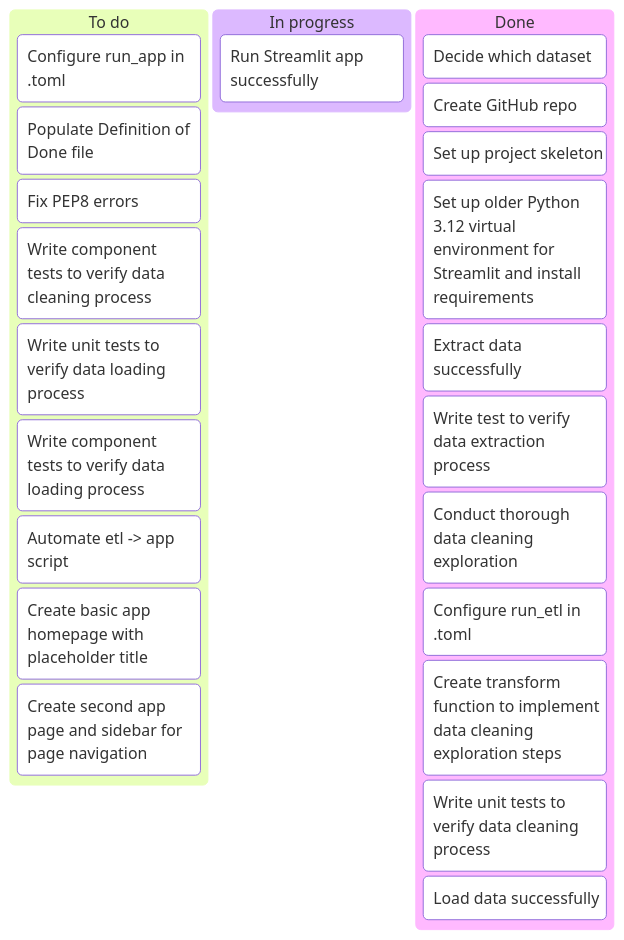
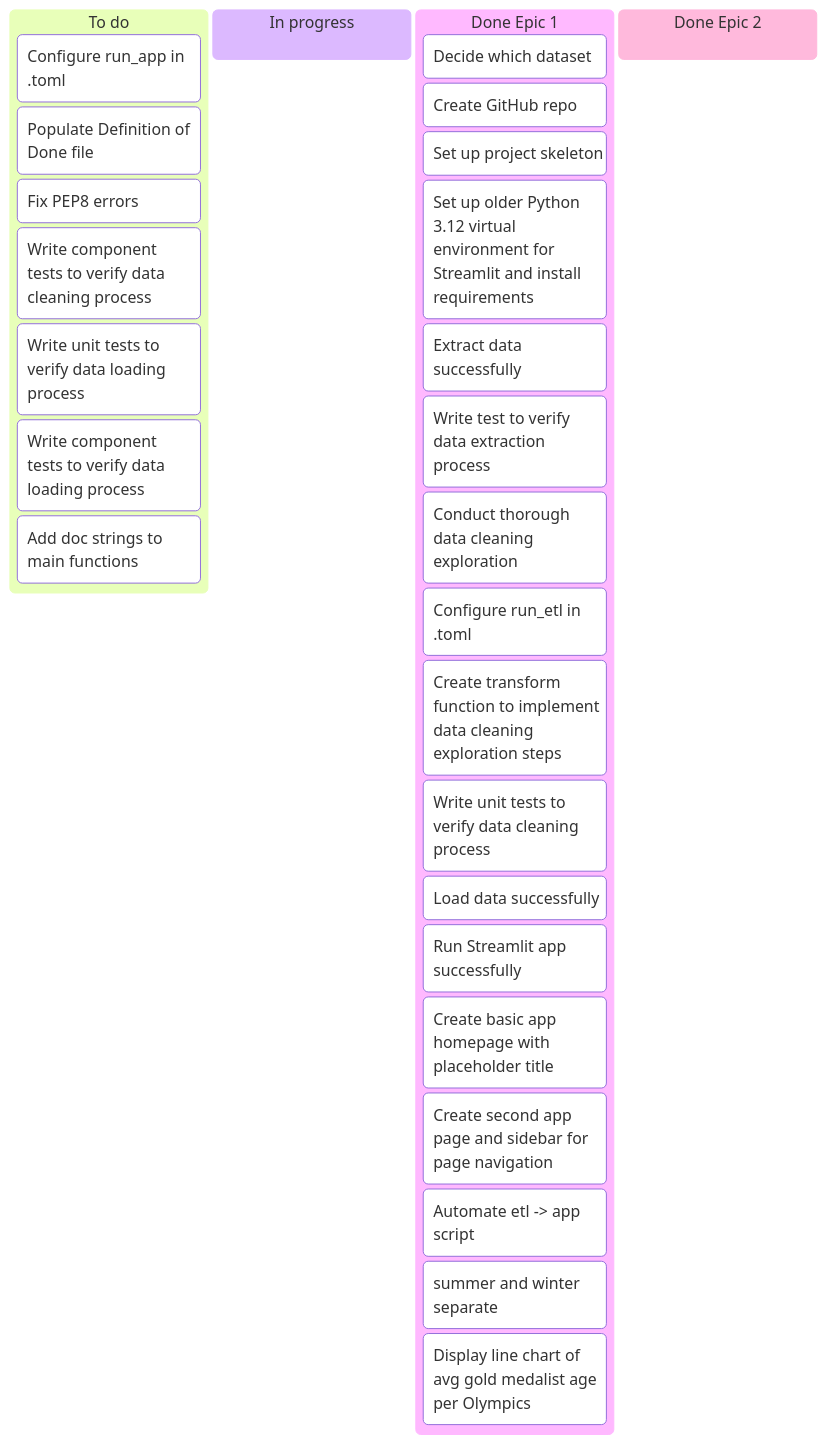
Before and after one commit to RonanD10/capstone-project: the first of 2 diagrams in docs/kanban.md, drawn with Mermaid. The commit also changed 14 other files, not shown here.

Commit message:
Epic 1 complete: end-to-end run_app working

````diff
--- a/docs/kanban.md
+++ b/docs/kanban.md
@@ -3,30 +3,36 @@
 ```mermaid
 kanban
     To do
         Configure run_app in .toml
         Populate Definition of Done file
         Fix PEP8 errors
         Write component tests to verify data cleaning process 
         Write unit tests to verify data loading process 
         Write component tests to verify data loading process 
-        Automate etl -> app script
-        Create basic app homepage with placeholder title
-        Create second app page and sidebar for page navigation
-
+        Add doc strings to main functions
+    
     In progress
-        Run Streamlit app successfully
-
-    Done
+        
+    Done Epic 1
         Decide which dataset
         Create GitHub repo 
         Set up project skeleton
         Set up older Python 3.12 virtual environment for Streamlit and install requirements
         Extract data successfully
         Write test to verify data extraction process
         Conduct thorough data cleaning exploration
         Configure run_etl in .toml
         Create transform function to implement data cleaning exploration steps
         Write unit tests to verify data cleaning process 
         Load data successfully
+        Run Streamlit app successfully
+        Create basic app homepage with placeholder title
+        Create second app page and sidebar for page navigation
+        Automate etl -> app script
+        Display ordered bar chart of avg age per event (summer and winter separate)
+        Display line chart of avg gold medalist age per Olympics
+
+    Done Epic 2 
+
         
 ```
````
